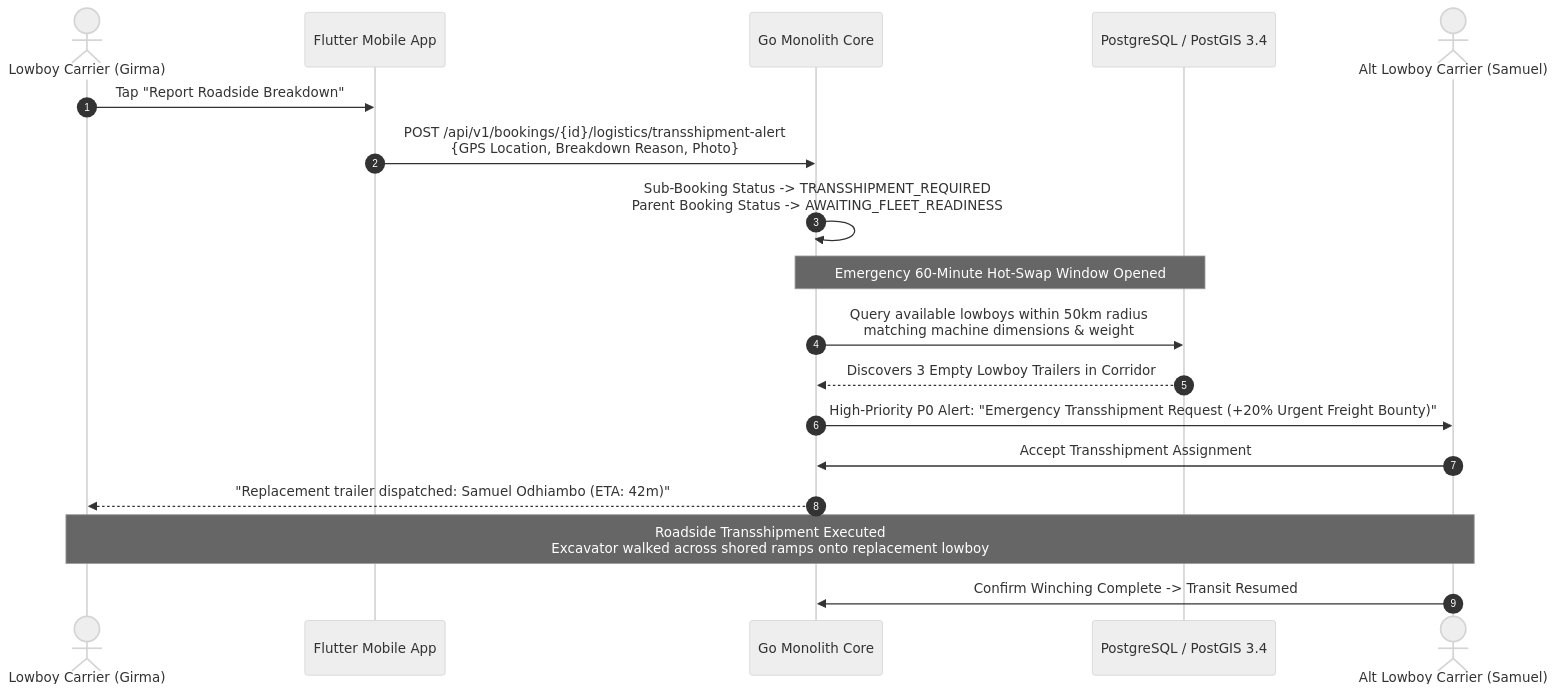
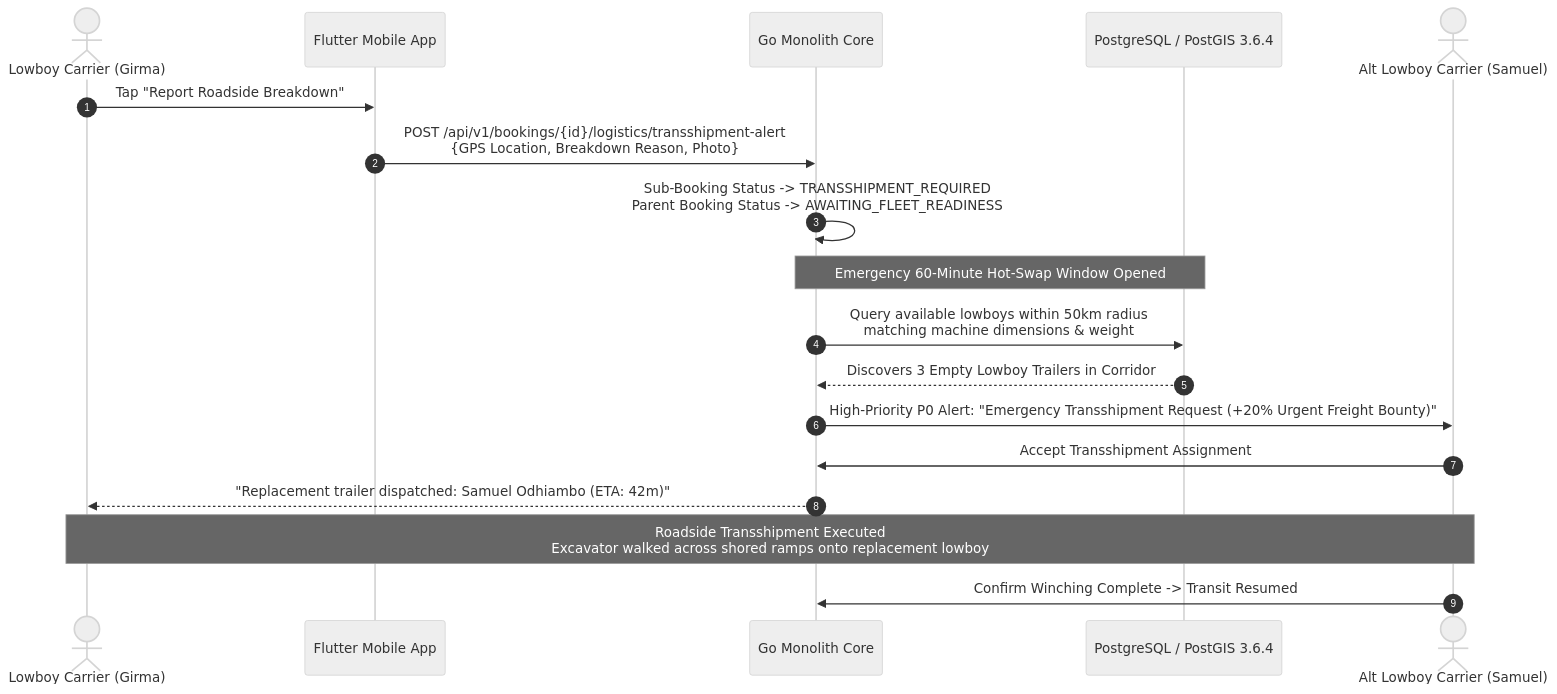
One commit to YDink/Heavy-Machinery-Logistics-Rental changed the third of 5 diagrams in docs/shared/requirements/05-08-logistics-transport-integration.md. Above: the diagram before and after it, drawn with Mermaid (neutral theme). The commit also changed other lines of this file and 212 other files, not shown here.

````diff
--- a/docs/shared/requirements/05-08-logistics-transport-integration.md
+++ b/docs/shared/requirements/05-08-logistics-transport-integration.md
@@ -325,24 +325,24 @@
 ```mermaid
 sequenceDiagram
     autonumber
     actor Carrier as Lowboy Carrier (Girma)
     participant App as Flutter Mobile App
     participant Core as Go Monolith Core
-    participant PostGIS as PostgreSQL / PostGIS 3.4
+    participant PostGIS as PostgreSQL / PostGIS 3.6.4
     actor AltCarrier as Alt Lowboy Carrier (Samuel)
 
     Carrier->>App: Tap "Report Roadside Breakdown"
     App->>Core: POST /api/v1/bookings/{id}/logistics/transshipment-alert<br/>{GPS Location, Breakdown Reason, Photo}
     Core->>Core: Sub-Booking Status -> TRANSSHIPMENT_REQUIRED<br/>Parent Booking Status -> AWAITING_FLEET_READINESS
     
     Note over Core,PostGIS: Emergency 60-Minute Hot-Swap Window Opened
     Core->>PostGIS: Query available lowboys within 50km radius<br/>matching machine dimensions & weight
     PostGIS-->>Core: Discovers 3 Empty Lowboy Trailers in Corridor
     
     Core->>AltCarrier: High-Priority P0 Alert: "Emergency Transshipment Request (+20% Urgent Freight Bounty)"
     AltCarrier->>Core: Accept Transshipment Assignment
     Core-->>Carrier: "Replacement trailer dispatched: Samuel Odhiambo (ETA: 42m)"
     
     Note over Carrier,AltCarrier: Roadside Transshipment Executed<br/>Excavator walked across shored ramps onto replacement lowboy
     AltCarrier->>Core: Confirm Winching Complete -> Transit Resumed
 ```
````
